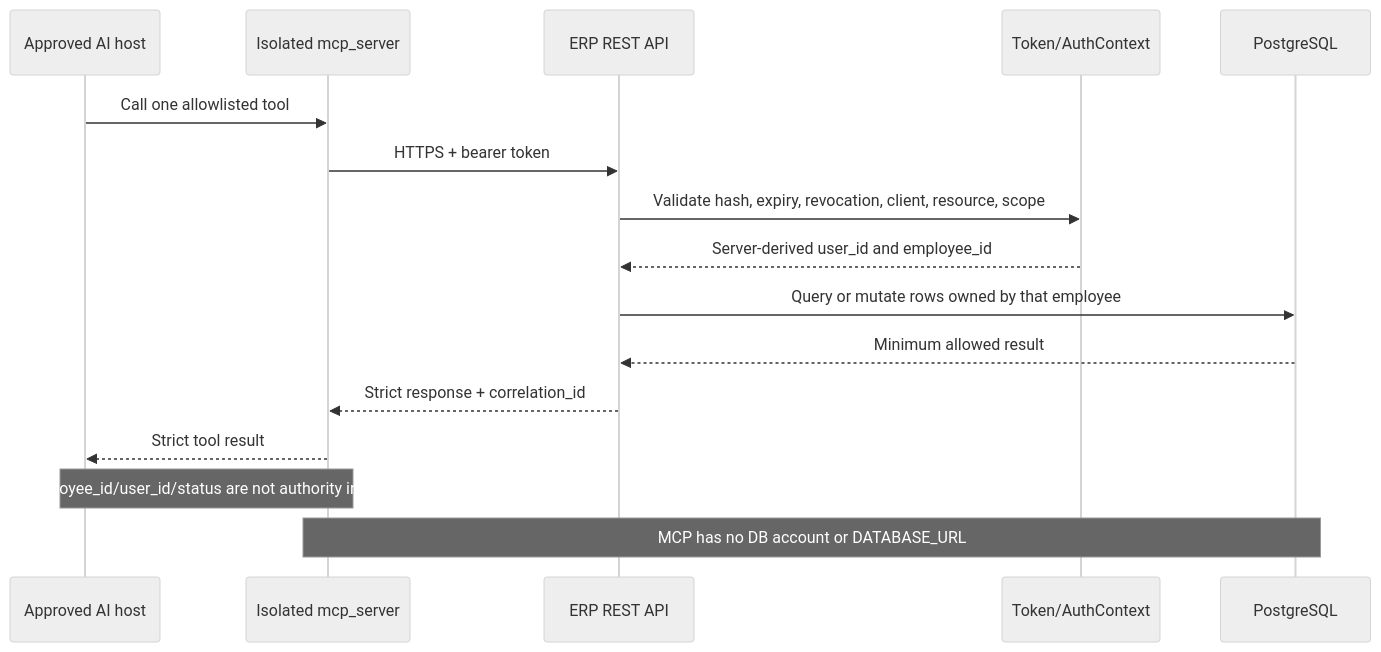
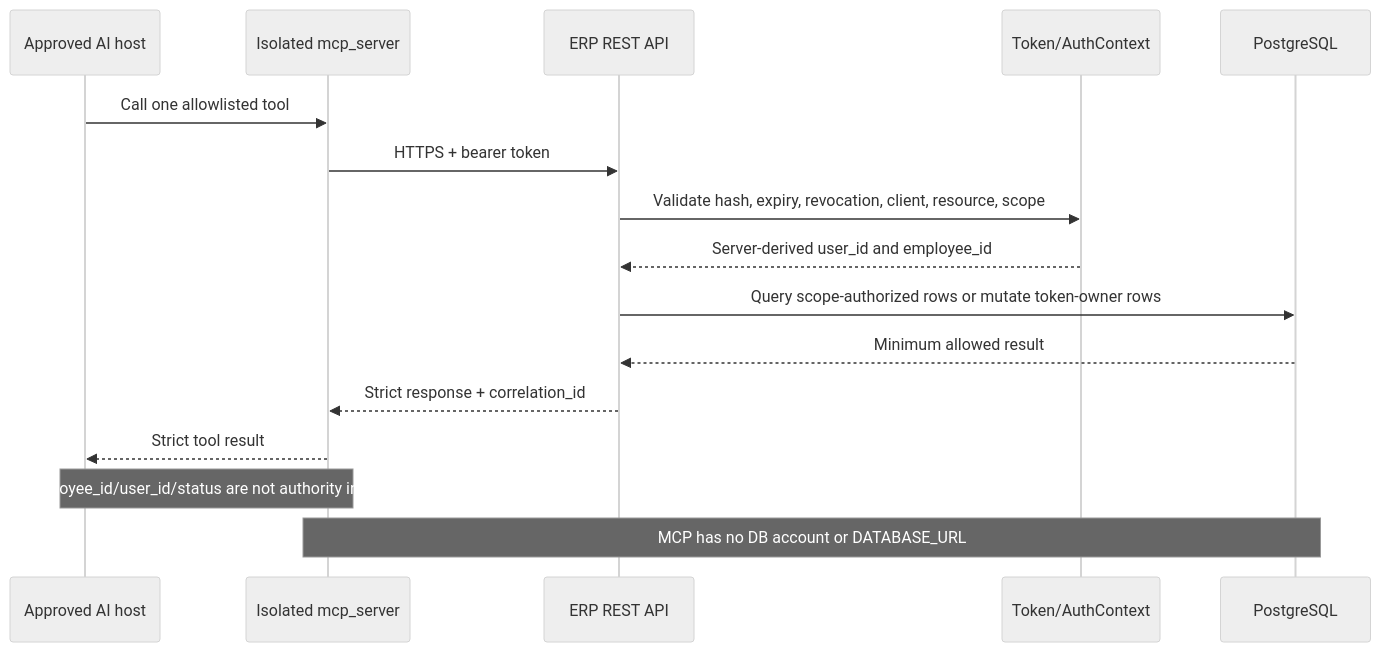
The diagram in docs/mcp/AI-SAFETY-BASELINE.md (ElroyKwon/LSS_ERP), drawn with Mermaid (neutral theme) before and after one commit. The commit also changed other lines of this file and 57 other files, not shown here.

````diff
--- a/docs/mcp/AI-SAFETY-BASELINE.md
+++ b/docs/mcp/AI-SAFETY-BASELINE.md
@@ -37,20 +47,20 @@
 ```mermaid
 sequenceDiagram
     participant AI as Approved AI host
     participant MCP as Isolated mcp_server
     participant API as ERP REST API
     participant AUTH as Token/AuthContext
     participant DB as PostgreSQL
 
     AI->>MCP: Call one allowlisted tool
     MCP->>API: HTTPS + bearer token
     API->>AUTH: Validate hash, expiry, revocation, client, resource, scope
     AUTH-->>API: Server-derived user_id and employee_id
-    API->>DB: Query or mutate rows owned by that employee
+    API->>DB: Query scope-authorized rows or mutate token-owner rows
     DB-->>API: Minimum allowed result
     API-->>MCP: Strict response + correlation_id
     MCP-->>AI: Strict tool result
 
     Note over AI,MCP: employee_id/user_id/status are not authority inputs
     Note over MCP,DB: MCP has no DB account or DATABASE_URL
 ```
````
